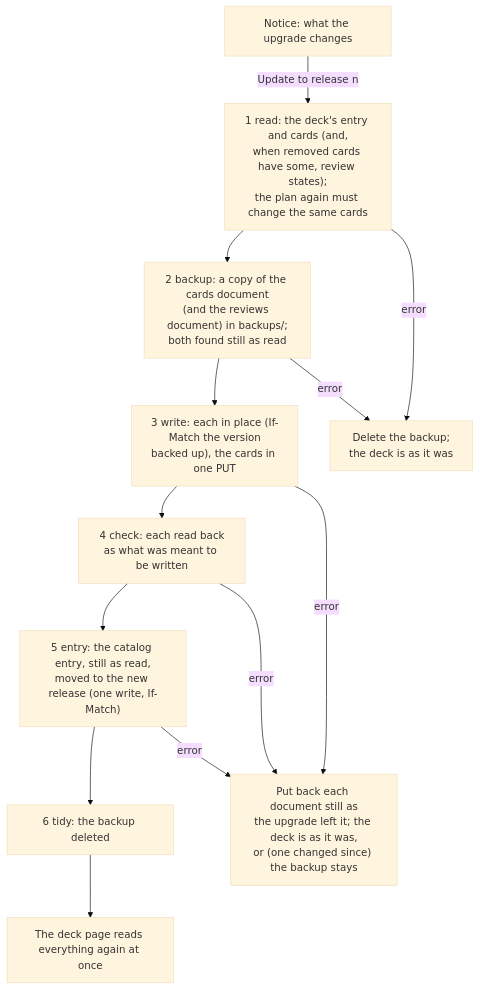
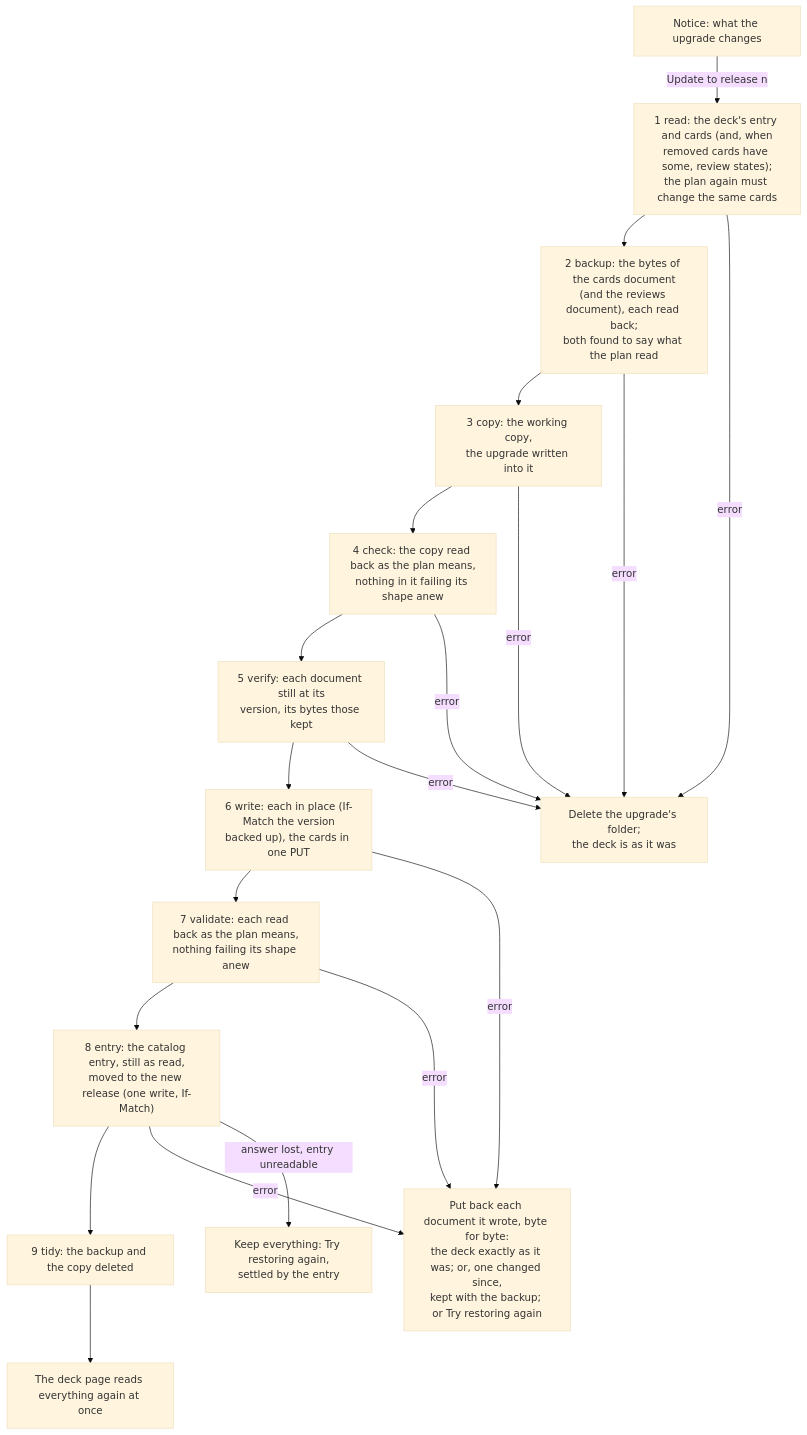
Before and after one commit to solid-memo/website: the third of 3 diagrams in docs/migrations.md, drawn with Mermaid (base theme). The commit also changed other lines of this file and 57 other files, not shown here.

First line of the commit message:
Keep every document byte for byte when an upgrade fails

````diff
--- a/docs/migrations.md
+++ b/docs/migrations.md
@@ -693,12 +824,16 @@
 ```mermaid
 flowchart TD
-    offer["Notice: what the upgrade changes"] -->|Update to release n| read["1 read: the deck's entry and cards (and,<br/>when removed cards have some, review states);<br/>the plan again must change the same cards"]
-    read --> backup["2 backup: a copy of the cards document<br/>(and the reviews document) in backups/;<br/>both found still as read"]
-    backup --> write["3 write: each in place (If-Match the version<br/>backed up), the cards in one PUT"]
-    write --> check["4 check: each read back<br/>as what was meant to be written"]
-    check --> entry["5 entry: the catalog entry, still as read,<br/>moved to the new release (one write, If-Match)"]
-    entry --> tidy["6 tidy: the backup deleted"]
+    offer["Notice: what the upgrade changes"] -->|Update to release n| read["1 read: the deck's entry and cards (and, when<br/>removed cards have some, review states);<br/>the plan again must change the same cards"]
+    read --> backup["2 backup: the bytes of the cards document<br/>(and the reviews document), each read back;<br/>both found to say what the plan read"]
+    backup --> copy["3 copy: the working copy,<br/>the upgrade written into it"]
+    copy --> check["4 check: the copy read back as the plan means,<br/>nothing in it failing its shape anew"]
+    check --> verify["5 verify: each document still at its<br/>version, its bytes those kept"]
+    verify --> write["6 write: each in place (If-Match the version<br/>backed up), the cards in one PUT"]
+    write --> validate["7 validate: each read back as the plan means,<br/>nothing failing its shape anew"]
+    validate --> entry["8 entry: the catalog entry, still as read,<br/>moved to the new release (one write, If-Match)"]
+    entry --> tidy["9 tidy: the backup and the copy deleted"]
     tidy --> refresh["The deck page reads everything again at once"]
-    read & backup -->|error| none["Delete the backup;<br/>the deck is as it was"]
-    write & check & entry -->|error| undo["Put back each document still as<br/>the upgrade left it; the deck is as it was,<br/>or (one changed since) the backup stays"]
+    read & backup & copy & check & verify -->|error| none["Delete the upgrade's folder;<br/>the deck is as it was"]
+    write & validate & entry -->|error| undo["Put back each document it wrote, byte for byte:<br/>the deck exactly as it was; or, one changed since,<br/>kept with the backup; or Try restoring again"]
+    entry -->|answer lost, entry unreadable| keep["Keep everything: Try restoring again,<br/>settled by the entry"]
 ```
````
